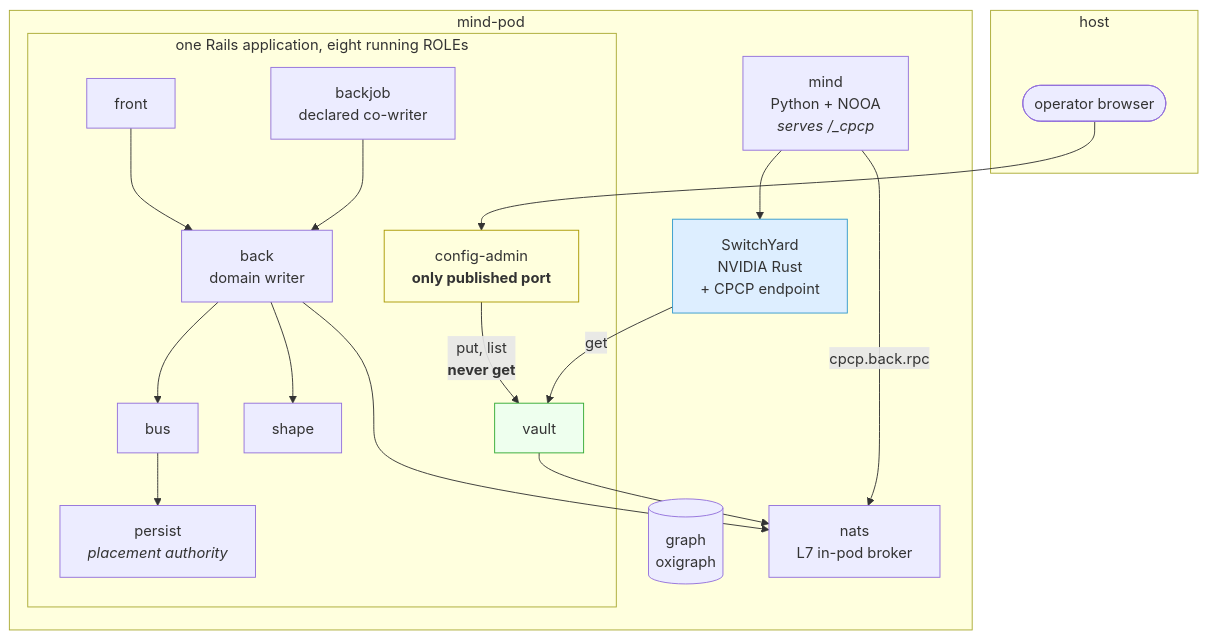
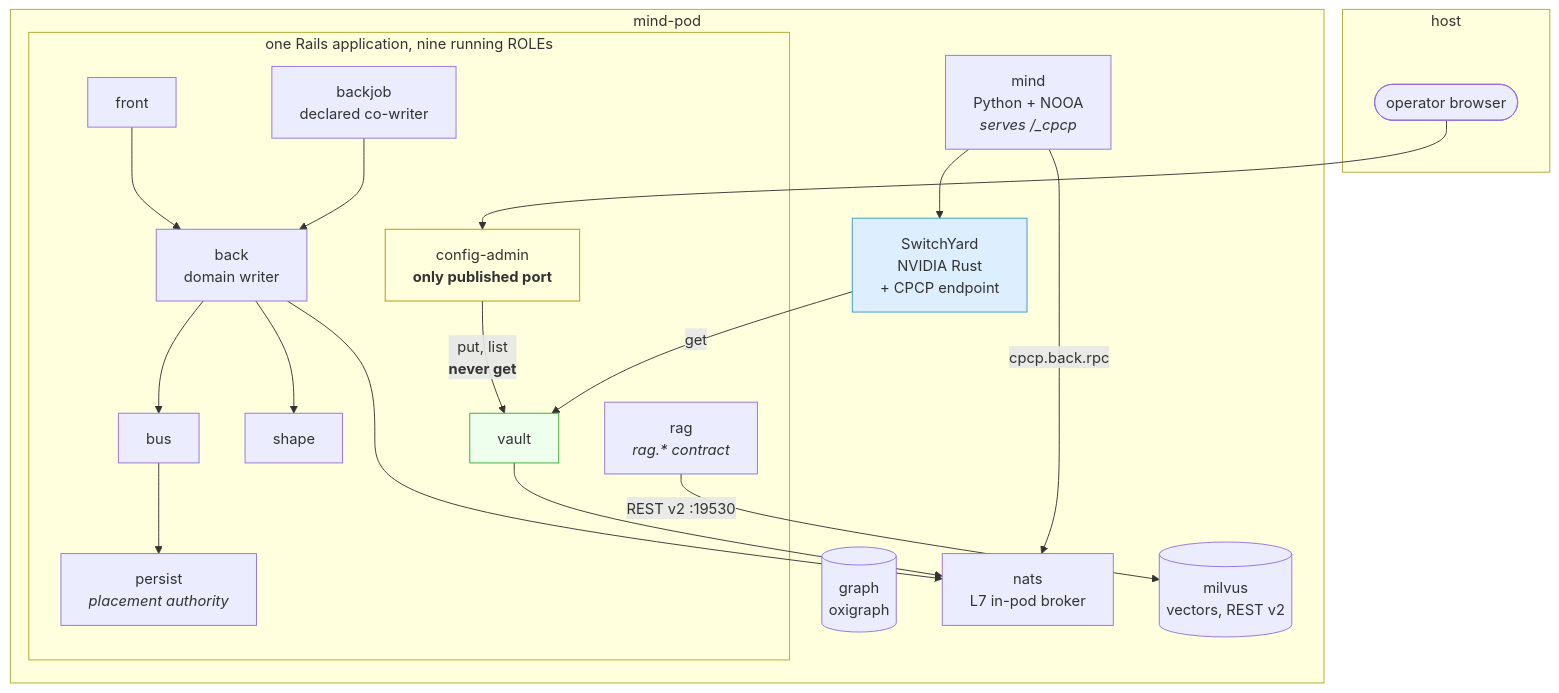
Before and after one commit to laquereric/magentic-stack: the second of 6 diagrams in docs/architecture/ContainerTopology.md, drawn with Mermaid. The commit also changed other lines of this file, not shown here.

````diff
--- a/docs/architecture/ContainerTopology.md
+++ b/docs/architecture/ContainerTopology.md
@@ -91,38 +91,41 @@
 ```mermaid
 graph TB
   subgraph host["host"]
     H(["operator browser"])
   end
   subgraph pod["mind-pod"]
-    subgraph rails["one Rails application, eight running ROLEs"]
+    subgraph rails["one Rails application, nine running ROLEs"]
       CONFIG["config-admin<br/><b>only published port</b>"]
       FRONT["front"]
       BACK["back<br/>domain writer"]
       BACKJOB["backjob<br/>declared co-writer"]
       VAULT["vault"]
       SHAPE["shape"]
       PERSIST["persist<br/><i>placement authority</i>"]
       BUS["bus"]
+      RAG["rag<br/><i>rag.* contract</i>"]
     end
     MIND["mind<br/>Python + NOOA<br/><i>serves /_cpcp</i>"]
     SY["SwitchYard<br/>NVIDIA Rust<br/>+ CPCP endpoint"]
     GRAPH[("graph<br/>oxigraph")]
     NATS["nats<br/>L7 in-pod broker"]
+    MILVUS[("milvus<br/>vectors, REST v2")]
   end
   H --> CONFIG
   CONFIG -->|"put, list<br/><b>never get</b>"| VAULT
   SY -->|"get"| VAULT
   FRONT --> BACK
   BACKJOB --> BACK
   MIND -->|"cpcp.back.rpc"| NATS
   MIND --> SY
   BACK --> BUS
   BACK --> NATS
   BUS --> PERSIST
   BACK --> SHAPE
   VAULT --> NATS
+  RAG -->|"REST v2 :19530"| MILVUS
 
   style CONFIG fill:#ffd,stroke:#a90
   style VAULT fill:#efe,stroke:#3a3
   style SY fill:#def,stroke:#39c
 ```
````
